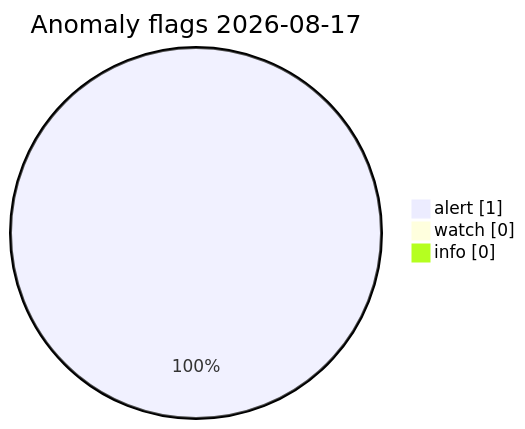
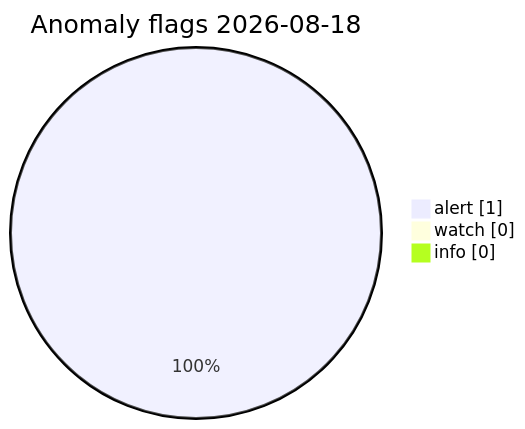
One commit to Midwest-Stratospheric/Unified-Open-Global-Weather changed the diagram in visuals/latest/CHARTS.md. Above: the diagram before and after it, drawn with Mermaid. The commit also changed other lines of this file and 11 other files, not shown here.

Commit message:
data(visuals): automated charts 2026-08-18T08:04Z

````diff
--- a/visuals/latest/CHARTS.md
+++ b/visuals/latest/CHARTS.md
@@ -73,7 +73,7 @@
 ```mermaid
 pie showData
-  title Anomaly flags 2026-08-17
+  title Anomaly flags 2026-08-18
   "alert" : 1
   "watch" : 0
   "info" : 0
 ```
````
